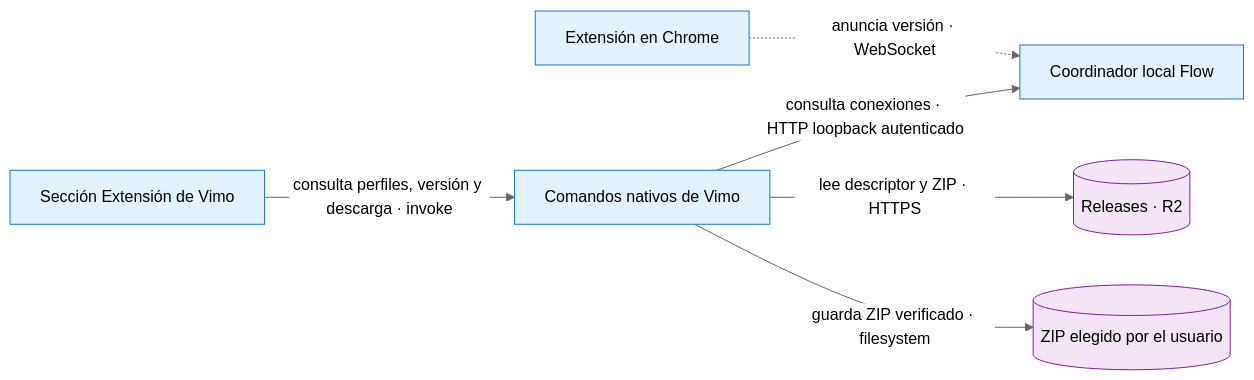
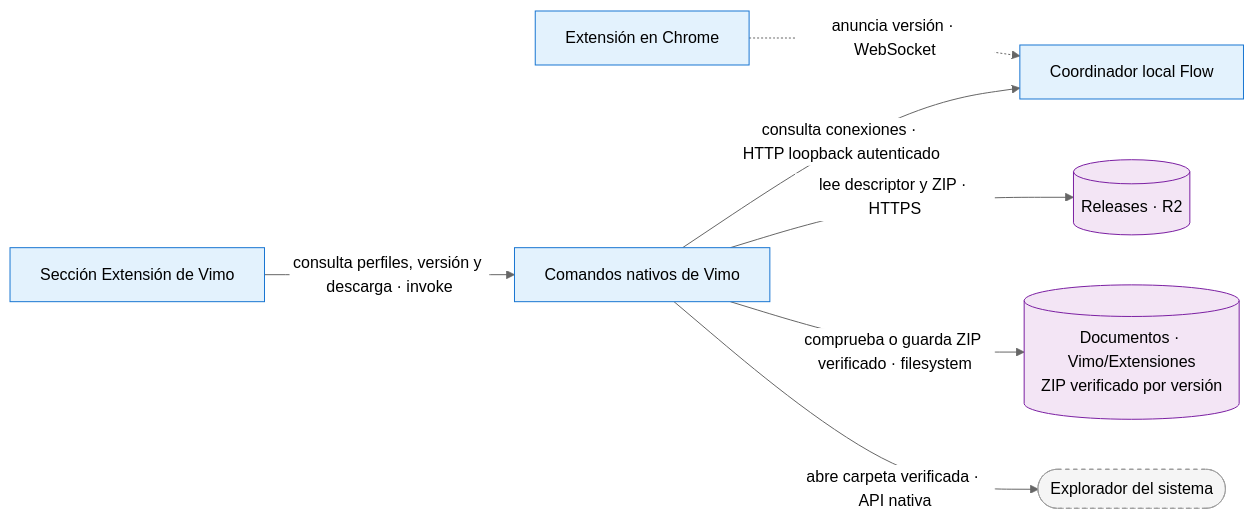
One commit to SCRIPZY-DEV/vimo changed the diagram in docs/adr/ADR-0060-distribucion-versionada-de-extension.md. Above: the diagram before and after it, drawn with Mermaid (neutral theme). The commit also changed other lines of this file and 26 other files, not shown here.

First line of the commit message:
fix(extension): guardar en Documentos y confirmar la versión descargada

````diff
--- a/docs/adr/ADR-0060-distribucion-versionada-de-extension.md
+++ b/docs/adr/ADR-0060-distribucion-versionada-de-extension.md
@@ -14,16 +14,19 @@
 ```mermaid
 flowchart LR
     ext["Extensión en Chrome"]:::propio
     bridge["Coordinador local Flow"]:::propio
     ui["Sección Extensión de Vimo"]:::propio
     native["Comandos nativos de Vimo"]:::propio
     r2[("Releases · R2")]:::datos
-    disk[("ZIP elegido por el usuario")]:::datos
+    disk[("Documentos · Vimo/Extensiones<br/>ZIP verificado por versión")]:::datos
+    explorer(["Explorador del sistema"]):::externo
     ext -.->|"anuncia versión · WebSocket"| bridge
     ui -->|"consulta perfiles, versión y descarga · invoke"| native
     native -->|"consulta conexiones · HTTP loopback autenticado"| bridge
     native -->|"lee descriptor y ZIP · HTTPS"| r2
-    native -->|"guarda ZIP verificado · filesystem"| disk
+    native -->|"comprueba o guarda ZIP verificado · filesystem"| disk
+    native -->|"abre carpeta verificada · API nativa"| explorer
+    classDef externo fill:#f5f5f5,stroke:#9e9e9e,stroke-dasharray:4
     classDef propio fill:#e3f2fd,stroke:#1976d2
     classDef datos fill:#f3e5f5,stroke:#7b1fa2
 ```
````
